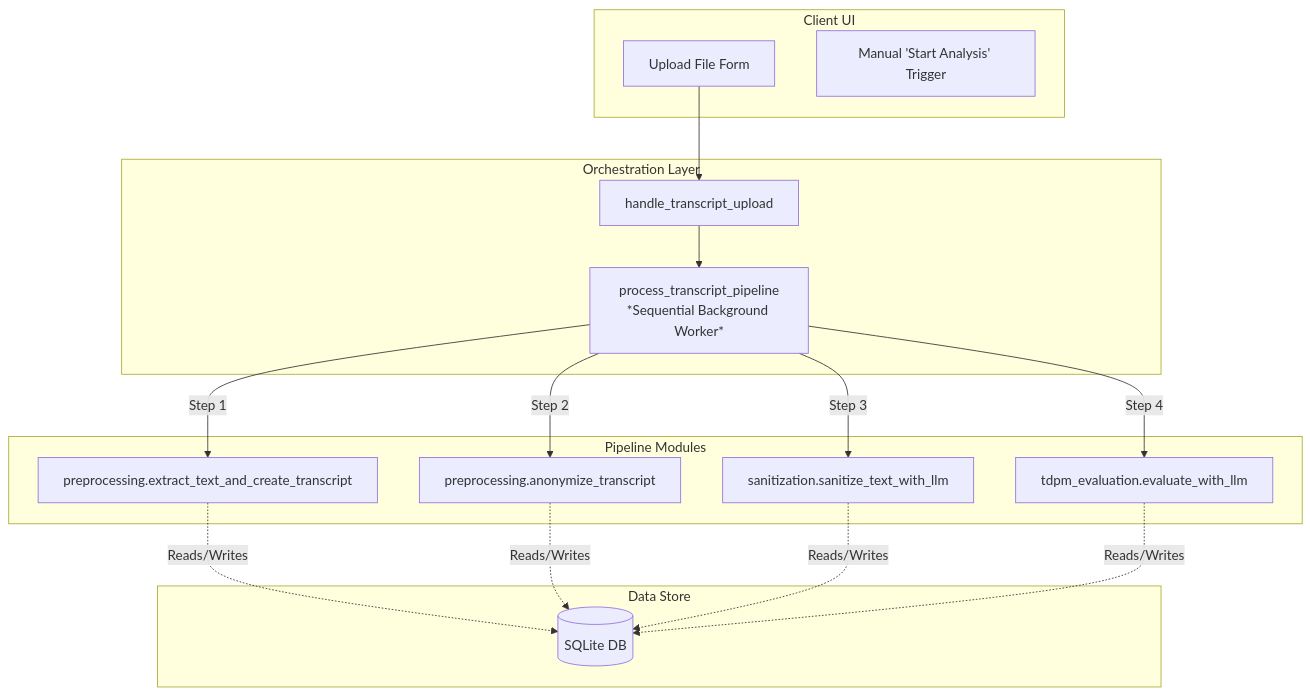
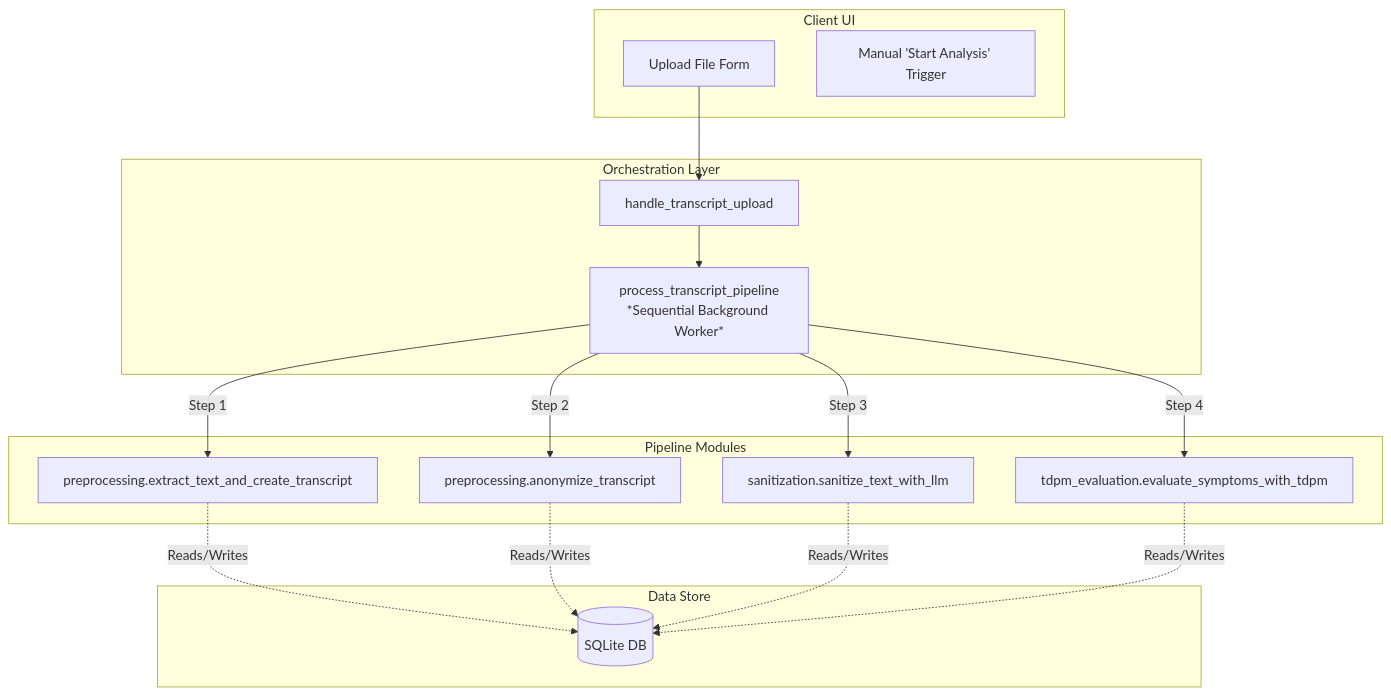
Before and after one commit to wpramio/symptoms-analyser: the diagram in docs/transcript_analysis_pipeline_decoupling_analysis.md, drawn with Mermaid. The commit also changed other lines of this file and 5 other files, not shown here.

Commit message:
refactor: rename evaluate_with_llm to evaluate_symptoms_with_tdpm for clarity

````diff
--- a/docs/transcript_analysis_pipeline_decoupling_analysis.md
+++ b/docs/transcript_analysis_pipeline_decoupling_analysis.md
@@ -11,37 +11,37 @@
 ```mermaid
 flowchart TD
     subgraph Client [Client UI]
         Upload[Upload File Form]
         TriggerAnalyze[Manual 'Start Analysis' Trigger]
     end
 
     subgraph Orchestrator [Orchestration Layer]
         UploadHandler[handle_transcript_upload]
         ThreadLinear[process_transcript_pipeline\n*Sequential Background Worker*]
     end
 
     subgraph Modules [Pipeline Modules]
         Extract[preprocessing.extract_text_and_create_transcript]
         Anon[preprocessing.anonymize_transcript]
         Sanitize[sanitization.sanitize_text_with_llm]
-        TDPM[tdpm_evaluation.evaluate_with_llm]
+        TDPM[tdpm_evaluation.evaluate_symptoms_with_tdpm]
     end
 
     subgraph Data [Data Store]
         DB[(SQLite DB)]
     end
 
     Upload --> UploadHandler
     UploadHandler --> ThreadLinear
     
     %% Current Flow (Solid Arrows)
     ThreadLinear -->|Step 1| Extract
     ThreadLinear -->|Step 2| Anon
     ThreadLinear -->|Step 3| Sanitize
     ThreadLinear -->|Step 4| TDPM
     
     Extract -.->|Reads/Writes| DB
     Anon -.->|Reads/Writes| DB
     Sanitize -.->|Reads/Writes| DB
     TDPM -.->|Reads/Writes| DB
 ```
````
